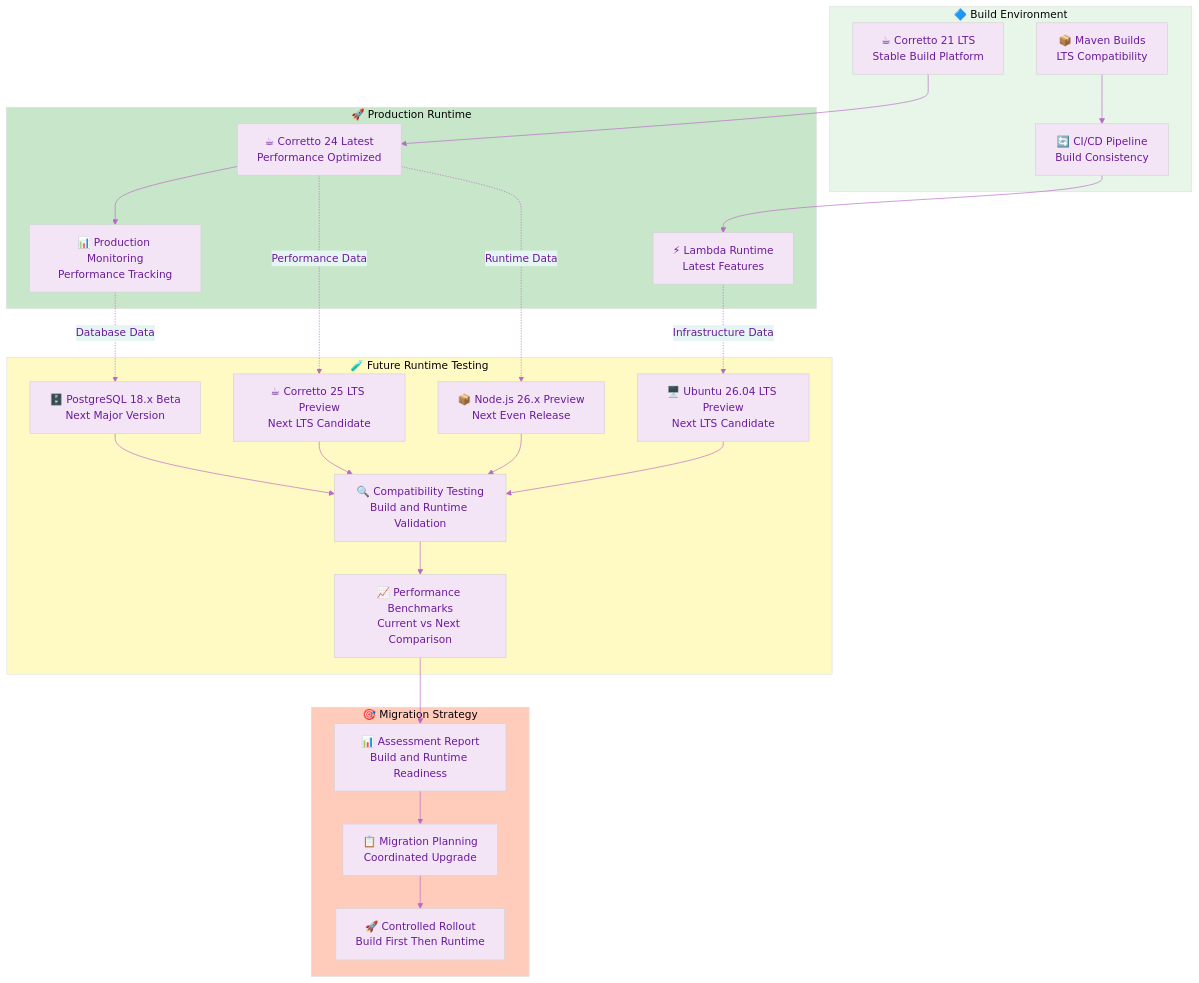
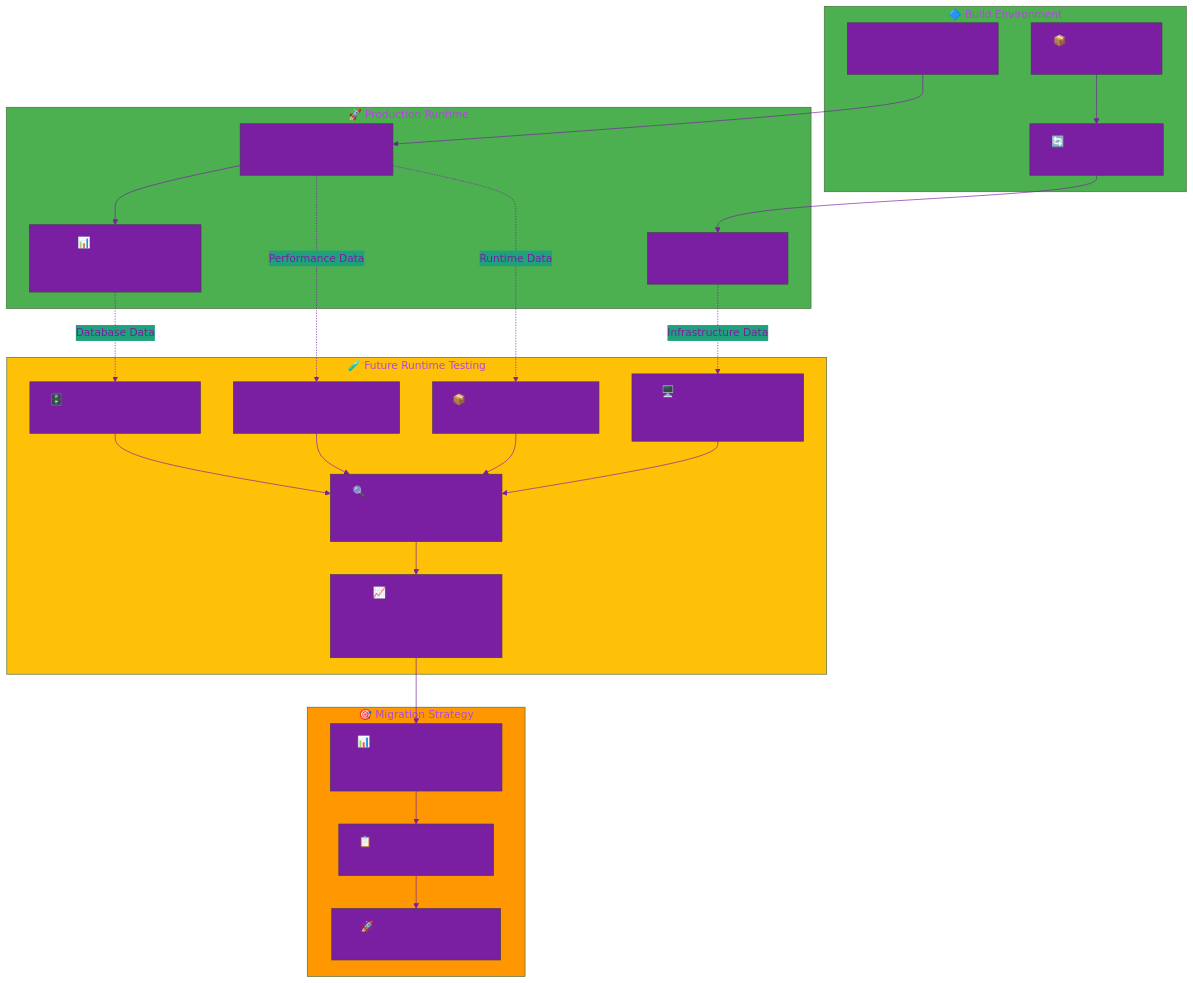
Before and after one commit to Hack23/ISMS-PUBLIC: the fourth of 5 diagrams in Vulnerability_Management.md, drawn with Mermaid. The commit also changed other lines of this file, not shown here.

````diff
--- a/Vulnerability_Management.md
+++ b/Vulnerability_Management.md
@@ -468,64 +495,64 @@
 ```mermaid
 %%{
   init: {
     'theme': 'base',
     'themeVariables': {
-      'primaryColor': '#f3e5f5',
-      'primaryTextColor': '#6a1b9a',
-      'lineColor': '#ba68c8'
+      'primaryColor': '#7B1FA2',
+      'primaryTextColor': '#7B1FA2',
+      'lineColor': '#7B1FA2'
     }
   }
 }%%
 flowchart TB
     subgraph BUILD["🔷 Build Environment"]
         BUILD_JAVA["☕ Corretto 21 LTS<br/>Stable Build Platform"]
         BUILD_MAVEN["📦 Maven Builds<br/>LTS Compatibility"]
         BUILD_CI["🔄 CI/CD Pipeline<br/>Build Consistency"]
     end
     
     subgraph PROD["🚀 Production Runtime"]
-        PROD_JAVA["☕ Corretto 24 Latest<br/>Performance Optimized"]
+        PROD_JAVA["☕ Corretto 25 LTS<br/>Latest LTS Production"]
         PROD_LAMBDA["⚡ Lambda Runtime<br/>Latest Features"]
         PROD_MONITOR["📊 Production Monitoring<br/>Performance Tracking"]
     end
     
     subgraph TESTING["🧪 Future Runtime Testing"]
-        TEST_JAVA25["☕ Corretto 25 LTS Preview<br/>Next LTS Candidate"]
+        TEST_JAVA26["☕ Corretto 26+ Preview<br/>Next Release Candidate"]
         TEST_NODE26["📦 Node.js 26.x Preview<br/>Next Even Release"]
         TEST_UBUNTU26["🖥️ Ubuntu 26.04 LTS Preview<br/>Next LTS Candidate"]
         TEST_PG18["🗄️ PostgreSQL 18.x Beta<br/>Next Major Version"]
         TEST_COMPAT["🔍 Compatibility Testing<br/>Build and Runtime Validation"]
         TEST_PERF["📈 Performance Benchmarks<br/>Current vs Next Comparison"]
     end
     
     subgraph MIGRATION["🎯 Migration Strategy"]
         ASSESS["📊 Assessment Report<br/>Build and Runtime Readiness"]
         PLAN["📋 Migration Planning<br/>Coordinated Upgrade"]
         EXECUTE["🚀 Controlled Rollout<br/>Build First Then Runtime"]
     end
     
     BUILD_JAVA --> PROD_JAVA
     BUILD_MAVEN --> BUILD_CI
     BUILD_CI --> PROD_LAMBDA
     PROD_JAVA --> PROD_MONITOR
     
-    PROD_JAVA -.->|Performance Data| TEST_JAVA25
+    PROD_JAVA -.->|Performance Data| TEST_JAVA26
     PROD_JAVA -.->|Runtime Data| TEST_NODE26
     PROD_LAMBDA -.->|Infrastructure Data| TEST_UBUNTU26
     PROD_MONITOR -.->|Database Data| TEST_PG18
     
-    TEST_JAVA25 --> TEST_COMPAT
+    TEST_JAVA26 --> TEST_COMPAT
     TEST_NODE26 --> TEST_COMPAT
     TEST_UBUNTU26 --> TEST_COMPAT
     TEST_PG18 --> TEST_COMPAT
     TEST_COMPAT --> TEST_PERF
     TEST_PERF --> ASSESS
     
     ASSESS --> PLAN
     PLAN --> EXECUTE
     
-    style BUILD fill:#e8f5e9
-    style PROD fill:#c8e6c9
-    style TESTING fill:#fff9c4
-    style MIGRATION fill:#ffccbc
+    style BUILD fill:#4CAF50
+    style PROD fill:#4CAF50
+    style TESTING fill:#FFC107
+    style MIGRATION fill:#FF9800
 ```
````
